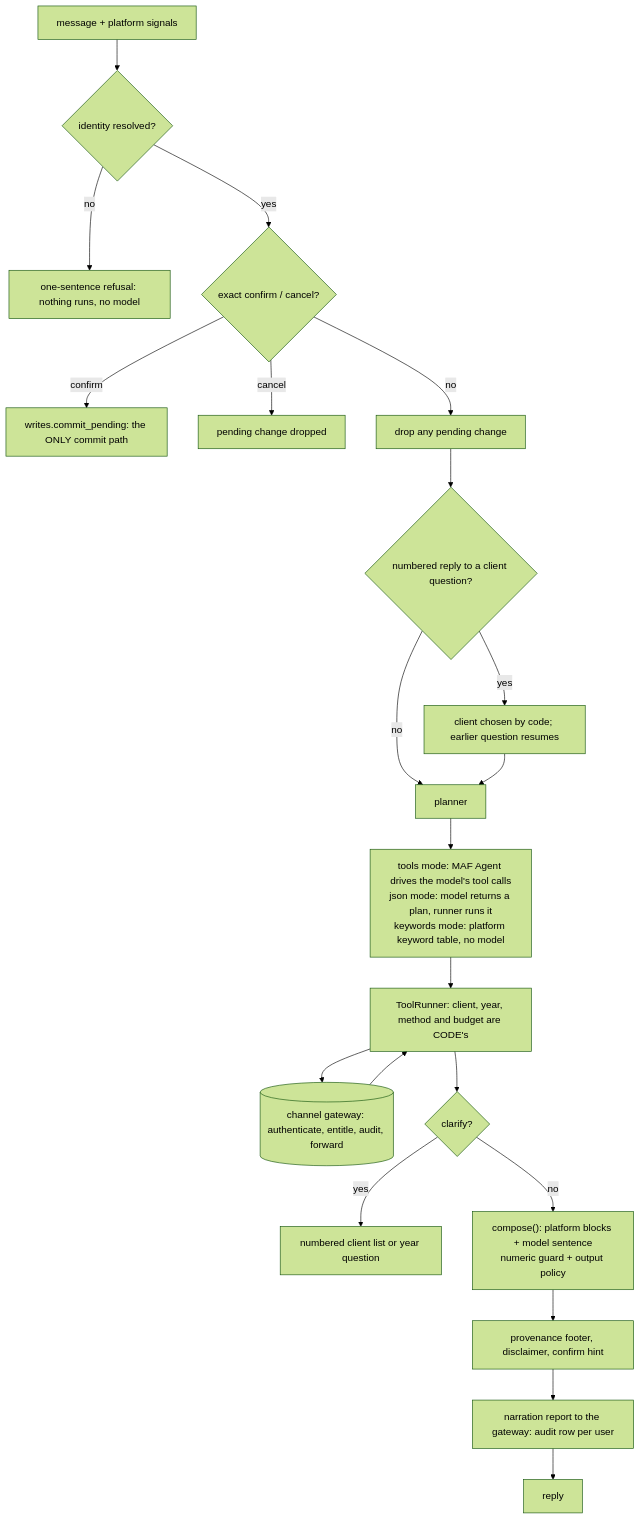
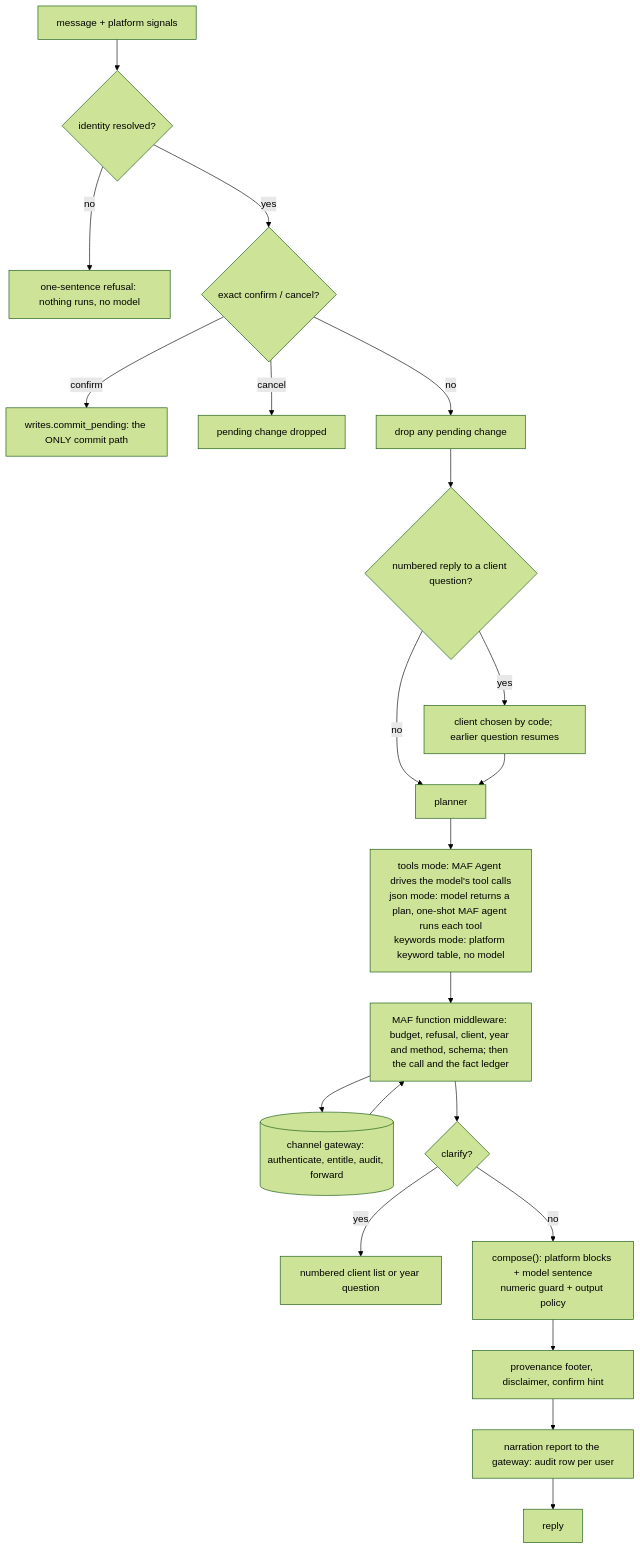
Before and after one commit to jamesiford/tax-credit-copilot-public: the diagram in docs/m365-channel/ORCHESTRATOR.md, drawn with Mermaid (forest theme). The commit also changed other lines of this file and 12 other files, not shown here.

Commit message:
feat(RM-08): tool rules as MAF function middleware; ToolRunner reduced to the turn's state

````diff
--- a/docs/m365-channel/ORCHESTRATOR.md
+++ b/docs/m365-channel/ORCHESTRATOR.md
@@ -12,23 +12,23 @@
 ```mermaid
 flowchart TD
     M[message + platform signals] --> I{identity resolved?}
     I -- no --> R1[one-sentence refusal: nothing runs, no model]
     I -- yes --> C{exact confirm / cancel?}
     C -- confirm --> W[writes.commit_pending: the ONLY commit path]
     C -- cancel --> R2[pending change dropped]
     C -- no --> D[drop any pending change]
     D --> N{numbered reply to a client question?}
     N -- yes --> S[client chosen by code; earlier question resumes]
     N -- no --> P
     S --> P[planner]
-    P --> T["tools mode: MAF Agent drives the model's tool calls\njson mode: model returns a plan, runner runs it\nkeywords mode: platform keyword table, no model"]
-    T --> TR[ToolRunner: client, year, method and budget are CODE's]
+    P --> T["tools mode: MAF Agent drives the model's tool calls\njson mode: model returns a plan, one-shot MAF agent runs each tool\nkeywords mode: platform keyword table, no model"]
+    T --> TR["MAF function middleware: budget, refusal, client, year and method, schema; then the call and the fact ledger"]
     TR --> G[(channel gateway: authenticate, entitle, audit, forward)]
     G --> TR
     TR --> Q{clarify?}
     Q -- yes --> R3[numbered client list or year question]
     Q -- no --> K["compose(): platform blocks + model sentence\nnumeric guard + output policy"]
     K --> F[provenance footer, disclaimer, confirm hint]
     F --> A[narration report to the gateway: audit row per user]
     A --> OUT[reply]
 ```
````
